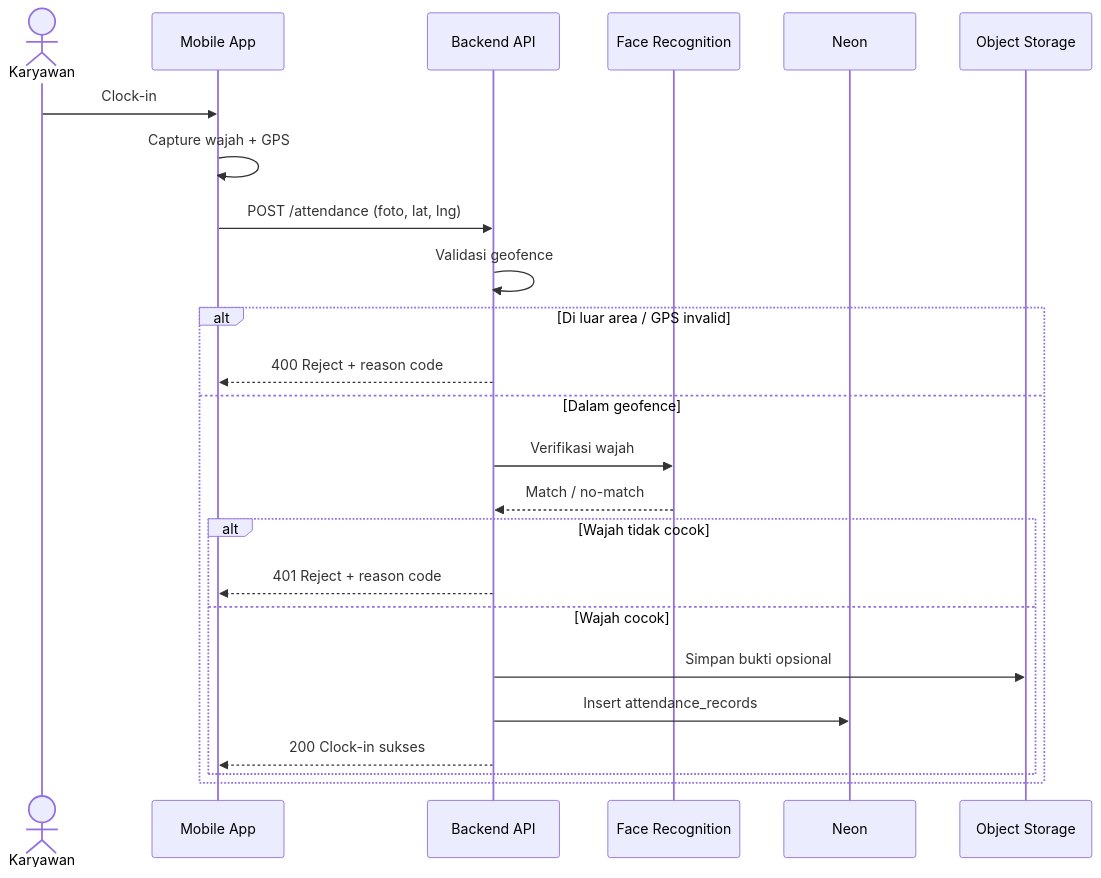
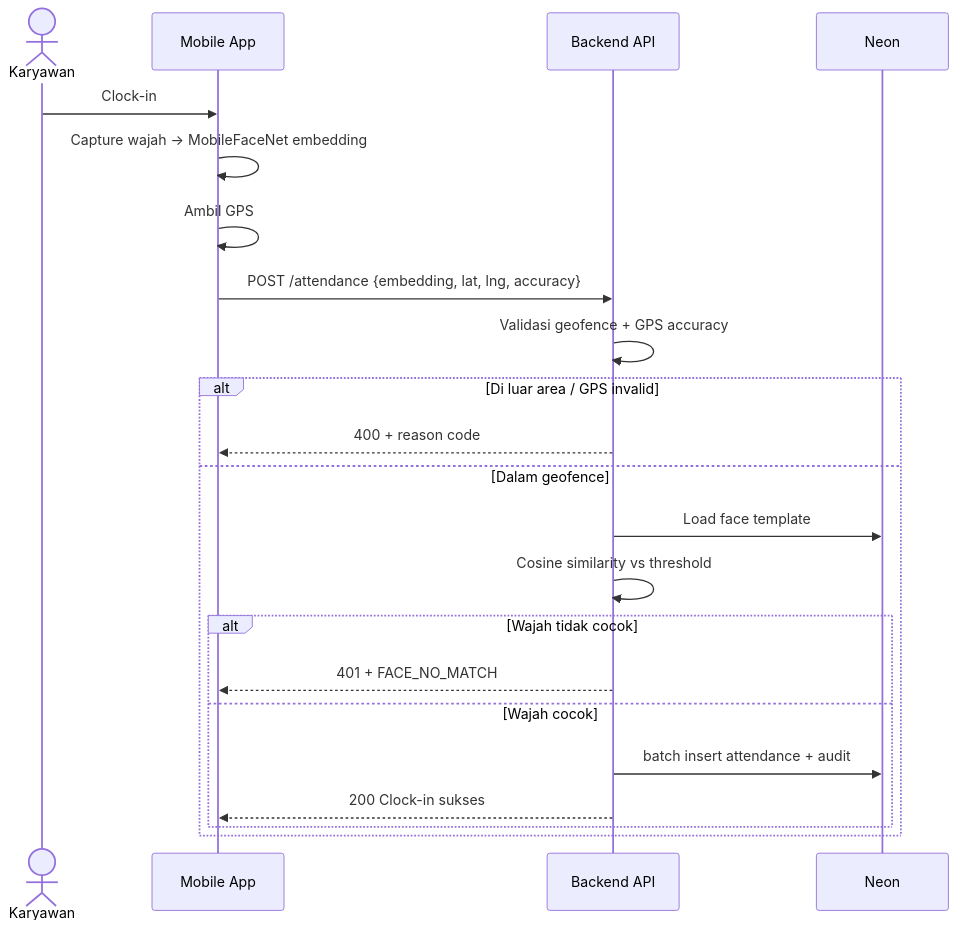
Before and after one commit to Capstone-Project-Team-B-2026/docs: the second of 4 diagrams in docs/infrastructure.md, drawn with Mermaid. The commit also changed other lines of this file and 12 other files, not shown here.

First line of the commit message:
docs: lock v1.0 — face on-device, ERD, NFR, testing, and board hygiene

````diff
--- a/docs/infrastructure.md
+++ b/docs/infrastructure.md
@@ -77,27 +73,25 @@
 ```mermaid
 sequenceDiagram
   actor K as Karyawan
   participant App as Mobile App
   participant API as Backend API
-  participant FR as Face Recognition
   participant DB as Neon
-  participant Store as Object Storage
 
   K->>App: Clock-in
-  App->>App: Capture wajah + GPS
-  App->>API: POST /attendance (foto, lat, lng)
-  API->>API: Validasi geofence
+  App->>App: Capture wajah → MobileFaceNet embedding
+  App->>App: Ambil GPS
+  App->>API: POST /attendance {embedding, lat, lng, accuracy}
+  API->>API: Validasi geofence + GPS accuracy
   alt Di luar area / GPS invalid
-    API-->>App: 400 Reject + reason code
+    API-->>App: 400 + reason code
   else Dalam geofence
-    API->>FR: Verifikasi wajah
-    FR-->>API: Match / no-match
+    API->>DB: Load face template
+    API->>API: Cosine similarity vs threshold
     alt Wajah tidak cocok
-      API-->>App: 401 Reject + reason code
+      API-->>App: 401 + FACE_NO_MATCH
     else Wajah cocok
-      API->>Store: Simpan bukti opsional
-      API->>DB: Insert attendance_records
+      API->>DB: batch insert attendance + audit
       API-->>App: 200 Clock-in sukses
     end
   end
 ```
````
